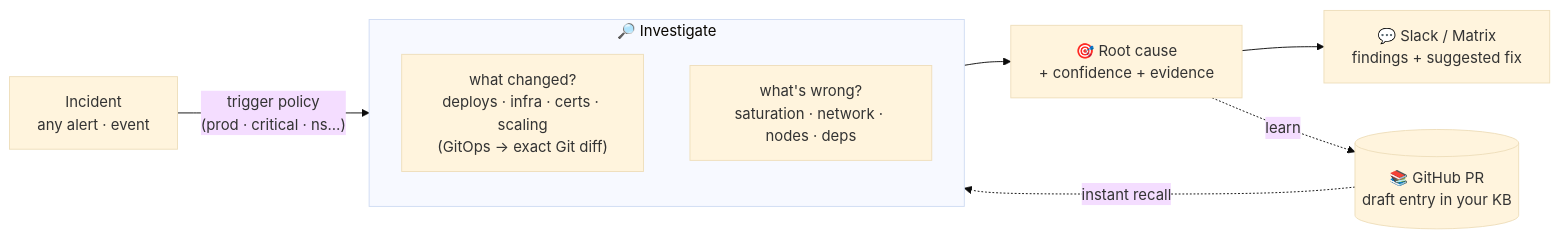
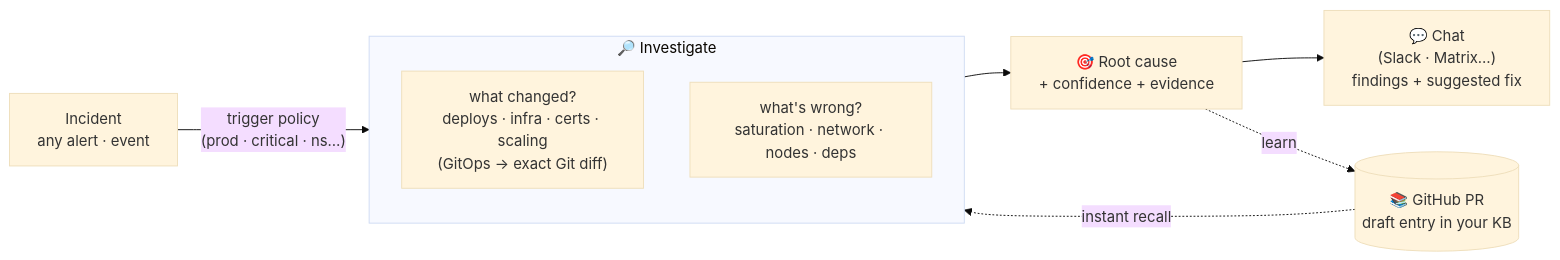
One commit to Smana/runlore changed the first of 2 diagrams in README.md. Above: the diagram before and after it, drawn with Mermaid (base theme). The commit also changed other lines of this file, not shown here.

````diff
--- a/README.md
+++ b/README.md
@@ -47,13 +49,13 @@
 ```mermaid
 flowchart LR
     A["Incident<br/>any alert · event"] -->|"trigger policy<br/>(prod · critical · ns…)"| B
     subgraph B["🔎 Investigate"]
       direction TB
       W["what changed?<br/>deploys · infra · certs · scaling<br/>(GitOps → exact Git diff)"]
       C["what's wrong?<br/>saturation · network · nodes · deps"]
     end
     B --> R["🎯 Root cause<br/>+ confidence + evidence"]
-    R --> D["💬 Slack / Matrix<br/>findings + suggested fix"]
+    R --> D["💬 Chat<br/>(Slack · Matrix…)<br/>findings + suggested fix"]
     R -. learn .-> K[("📚 GitHub PR<br/>draft entry in your KB")]
     K -. instant recall .-> B
 ```
````
